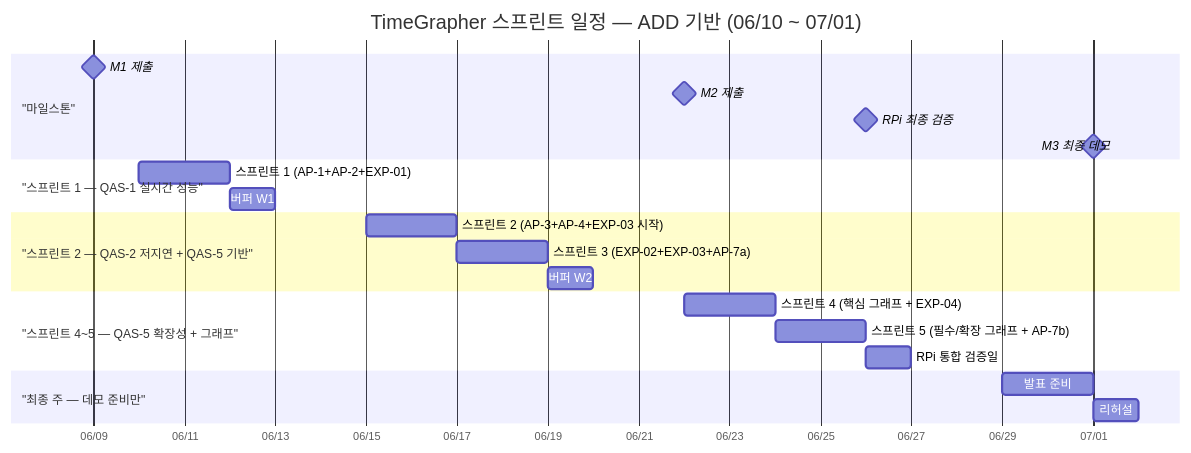
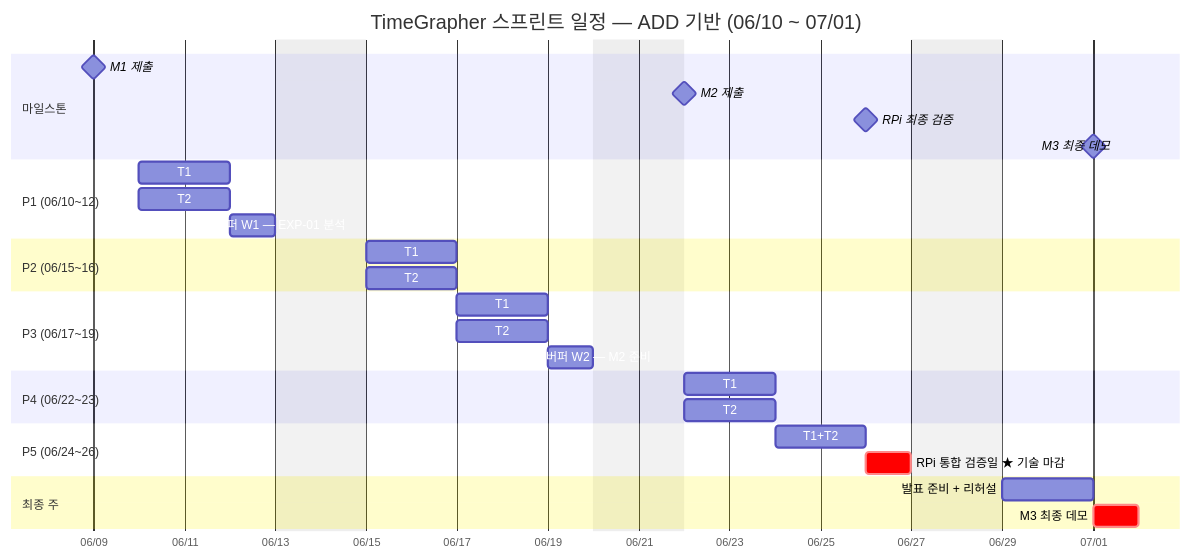
One commit to Ji-Min-Lee/2026-3-sw-architect-studio-project changed the second of 2 diagrams in docs/milestone1/final-presentation-kr/project-plan_kr.md. Above: the diagram before and after it, drawn with Mermaid. The commit also changed other lines of this file, not shown here.

Commit message:
docs: add agile section back and fix gantt chart spacing in project-plan_kr

````diff
--- a/docs/milestone1/final-presentation-kr/project-plan_kr.md
+++ b/docs/milestone1/final-presentation-kr/project-plan_kr.md
@@ -132,30 +150,39 @@
 ```mermaid
 gantt
     title TimeGrapher 스프린트 일정 — ADD 기반 (06/10 ~ 07/01)
     dateFormat  YYYY-MM-DD
     axisFormat  %m/%d
+    excludes weekends
 
-    section "마일스톤"
-    M1 제출          :milestone, m1, 2026-06-09, 0d
-    M2 제출          :milestone, m2, 2026-06-22, 0d
-    RPi 최종 검증   :milestone, rpidone, 2026-06-26, 0d
-    M3 최종 데모    :milestone, m3, 2026-07-01, 0d
+    section 마일스톤
+    M1 제출         :milestone, m1, 2026-06-09, 0d
+    M2 제출         :milestone, m2, 2026-06-22, 0d
+    RPi 최종 검증  :milestone, rpidone, 2026-06-26, 0d
+    M3 최종 데모   :milestone, m3, 2026-07-01, 0d
 
-    section "스프린트 1 — QAS-1 실시간 성능"
-    스프린트 1 (AP-1+AP-2+EXP-01)   :s1, 2026-06-10, 2d
-    버퍼 W1                           :buf1, 2026-06-12, 1d
+    section P1 (06/10~12)
+    T1: QAS-1 실시간 (AP-1+AP-2+EXP-01)  :s1t1, 2026-06-10, 2d
+    T2: QAS-5 기반 (AP-3 설계)            :s1t2, 2026-06-10, 2d
+    버퍼 W1 — EXP-01 분석                 :buf1, 2026-06-12, 1d
 
-    section "스프린트 2 — QAS-2 저지연 + QAS-5 기반"
-    스프린트 2 (AP-3+AP-4+EXP-03 시작) :s2, 2026-06-15, 2d
-    스프린트 3 (EXP-02+EXP-03+AP-7a)   :s3, 2026-06-17, 2d
-    버퍼 W2                              :buf2, 2026-06-19, 1d
+    section P2 (06/15~16)
+    T1: QAS-1 완성 (AP-6 폴백)            :s2t1, 2026-06-15, 2d
+    T2: QAS-3 시작 (AP-3+AP-4+EXP-03)    :s2t2, 2026-06-15, 2d
 
-    section "스프린트 4~5 — QAS-5 확장성 + 그래프"
-    스프린트 4 (핵심 그래프 + EXP-04)      :s4, 2026-06-22, 2d
-    스프린트 5 (필수/확장 그래프 + AP-7b) :s5, 2026-06-24, 2d
-    RPi 통합 검증일                        :buf3, 2026-06-26, 1d
+    section P3 (06/17~19)
+    T1: QAS-2 저지연 (EXP-02+AP-7a)      :s3t1, 2026-06-17, 2d
+    T2: QAS-3 완성 (EXP-03+AP-5)         :s3t2, 2026-06-17, 2d
+    버퍼 W2 — M2 준비                     :buf2, 2026-06-19, 1d
 
-    section "최종 주 — 데모 준비만"
-    발표 준비      :pp, 2026-06-29, 2d
-    리허설        :rh, 2026-07-01, 1d
+    section P4 (06/22~23)
+    T1: QAS-4 사용성 + 핵심 그래프        :s4t1, 2026-06-22, 2d
+    T2: QAS-5 전체 그래프 구현            :s4t2, 2026-06-22, 2d
+
+    section P5 (06/24~26)
+    T1+T2: RPi 통합 빌드 + 안정화         :s5, 2026-06-24, 2d
+    RPi 통합 검증일 ★ 기술 마감           :crit, rpiv, 2026-06-26, 1d
+
+    section 최종 주
+    발표 준비 + 리허설                    :pp, 2026-06-29, 2d
+    M3 최종 데모                          :crit, demo, 2026-07-01, 1d
 ```
````
